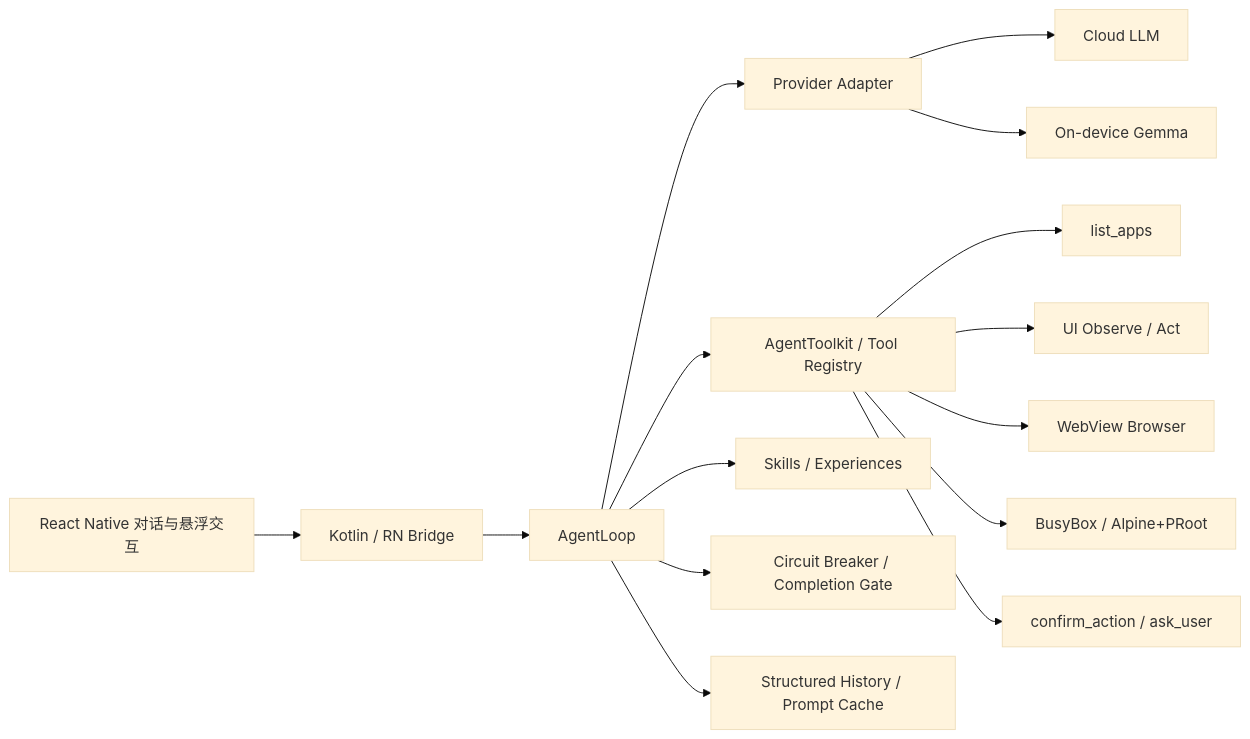
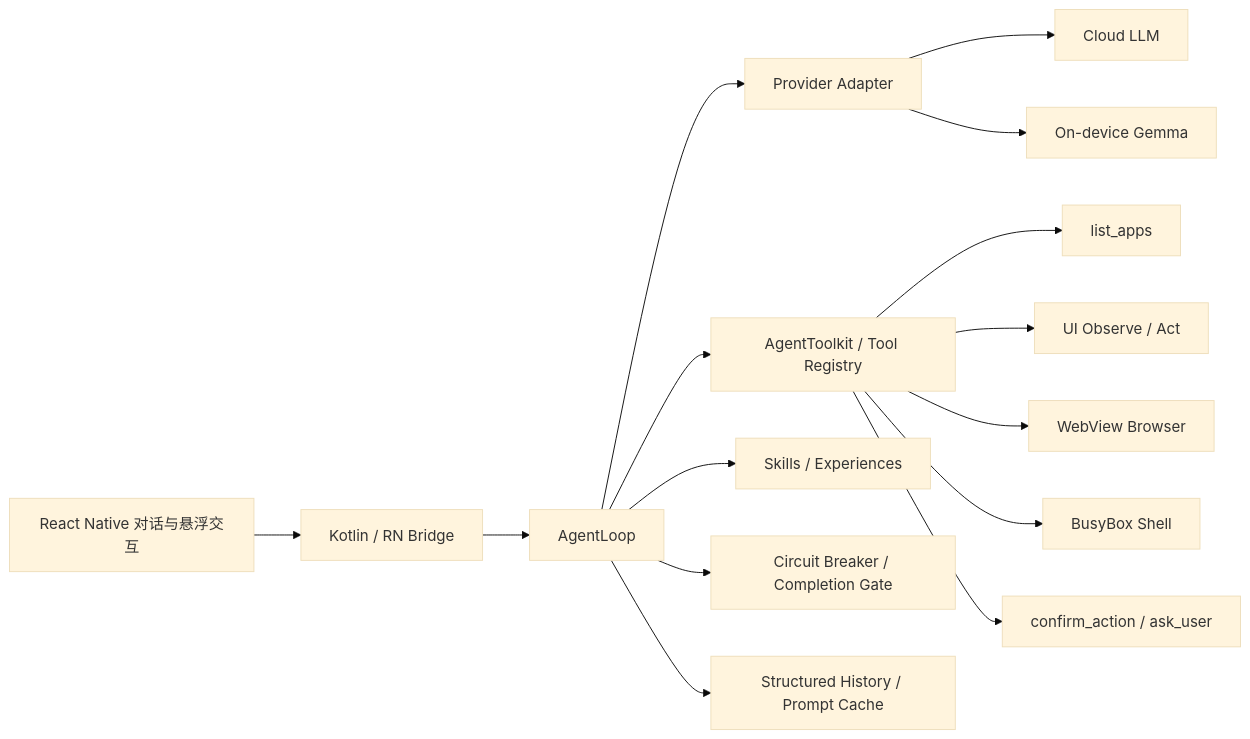
One commit to GaiyHub/vision-route-search changed the diagram in PROJECT_EXPERIENCE.md. Above: the diagram before and after it, drawn with Mermaid (base theme). The commit also changed other lines of this file and 7 other files, not shown here.

````diff
--- a/PROJECT_EXPERIENCE.md
+++ b/PROJECT_EXPERIENCE.md
@@ -61,20 +61,20 @@
 ```mermaid
 flowchart LR
     UI["React Native 对话与悬浮交互"] --> BRIDGE["Kotlin / RN Bridge"]
     BRIDGE --> LOOP["AgentLoop"]
 
     LOOP --> PROVIDER["Provider Adapter"]
     PROVIDER --> CLOUD["Cloud LLM"]
     PROVIDER --> LOCAL["On-device Gemma"]
 
     LOOP --> TOOLS["AgentToolkit / Tool Registry"]
     TOOLS --> APPS["list_apps"]
     TOOLS --> PHONE["UI Observe / Act"]
     TOOLS --> WEB["WebView Browser"]
-    TOOLS --> SHELL["BusyBox / Alpine+PRoot"]
+    TOOLS --> SHELL["BusyBox Shell"]
     TOOLS --> HUMAN["confirm_action / ask_user"]
 
     LOOP --> SKILLS["Skills / Experiences"]
     LOOP --> GOVERNANCE["Circuit Breaker / Completion Gate"]
     LOOP --> CONTEXT["Structured History / Prompt Cache"]
 ```
````
